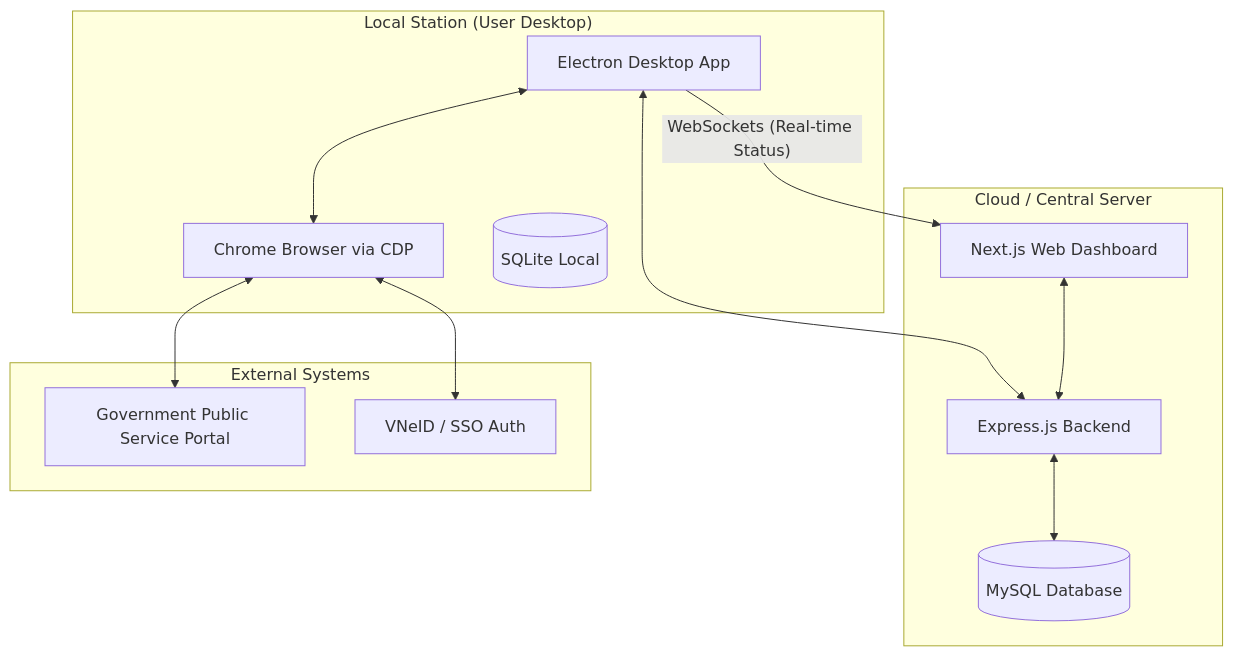
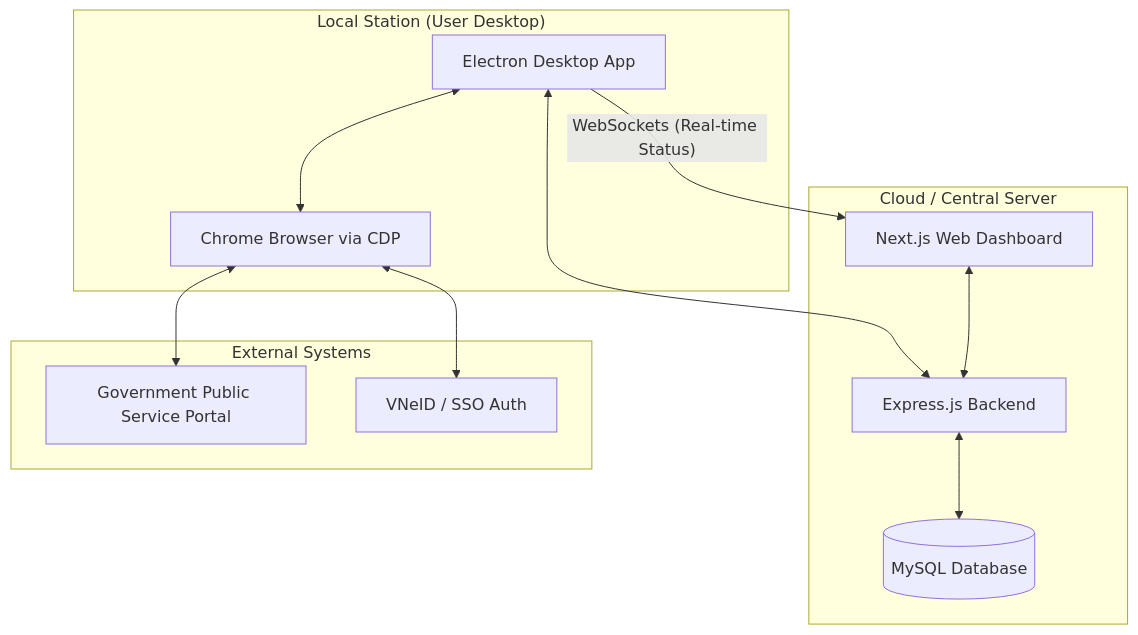
The diagram in README.md (Danchoimod/readme), drawn with Mermaid before and after one commit.

````diff
--- a/README.md
+++ b/README.md
@@ -9,30 +9,29 @@
 ```mermaid
 graph TD
     subgraph "Cloud / Central Server"
         WEB[Next.js Web Dashboard]
         API[Express.js Backend]
         DB[(MySQL Database)]
     end
 
     subgraph "Local Station (User Desktop)"
         AGENT[Electron Desktop App]
         CHROME[Chrome Browser via CDP]
-        LOCAL_DB[(SQLite Local)]
     end
 
     subgraph "External Systems"
         GOV[Government Public Service Portal]
         SSO[VNeID / SSO Auth]
     end
 
     %% Communications
     WEB <--> API
     API <--> DB
     AGENT <--> API
     AGENT <--> CHROME
     CHROME <--> GOV
     CHROME <--> SSO
     
     %% Real-time updates
     AGENT -- "WebSockets (Real-time Status)" --> WEB
 ```
````
